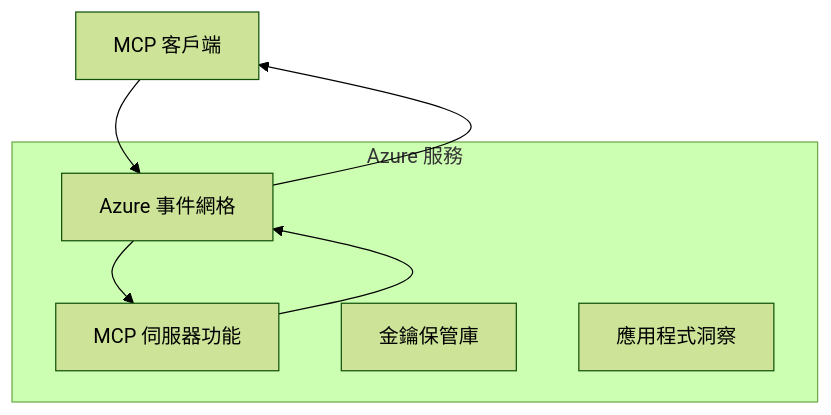
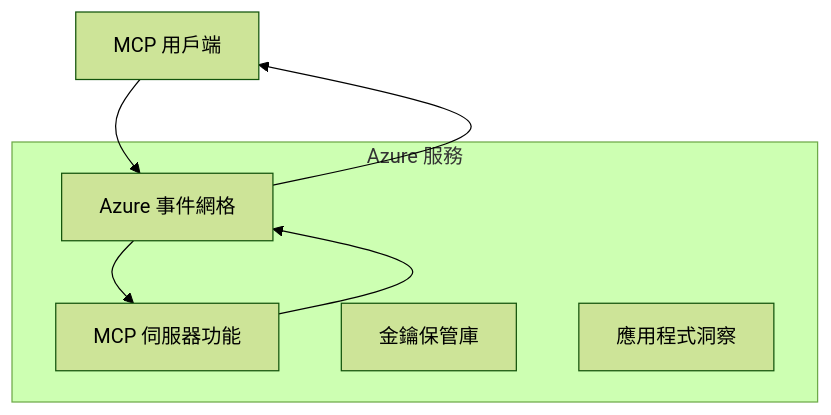
One commit to HIDORAKAI002/ai-workspace-archive changed the first of 2 diagrams in mcp_ecosystem__model_context_protocol/mcp_learning_resources/mcp-for-beginners/translations/zh-MO/05-AdvancedTopics/mcp-transport/README.md. Above: the diagram before and after it, drawn with Mermaid (forest theme). The commit also changed other lines of this file and 1539 other files, not shown here.

````diff
--- a/mcp_ecosystem__model_context_protocol/mcp_learning_resources/mcp-for-beginners/translations/zh-MO/05-AdvancedTopics/mcp-transport/README.md
+++ b/mcp_ecosystem__model_context_protocol/mcp_learning_resources/mcp-for-beginners/translations/zh-MO/05-AdvancedTopics/mcp-transport/README.md
@@ -58,14 +58,14 @@
 ```mermaid
 graph TB
-    Client[MCP 客戶端] --> EG[Azure 事件網格]
+    Client[MCP 用戶端] --> EG[Azure 事件網格]
     EG --> Server[MCP 伺服器功能]
     Server --> EG
     EG --> Client
     
     subgraph "Azure 服務"
         EG
         Server
         KV[金鑰保管庫]
         Monitor[應用程式洞察]
     end
 ```
````
